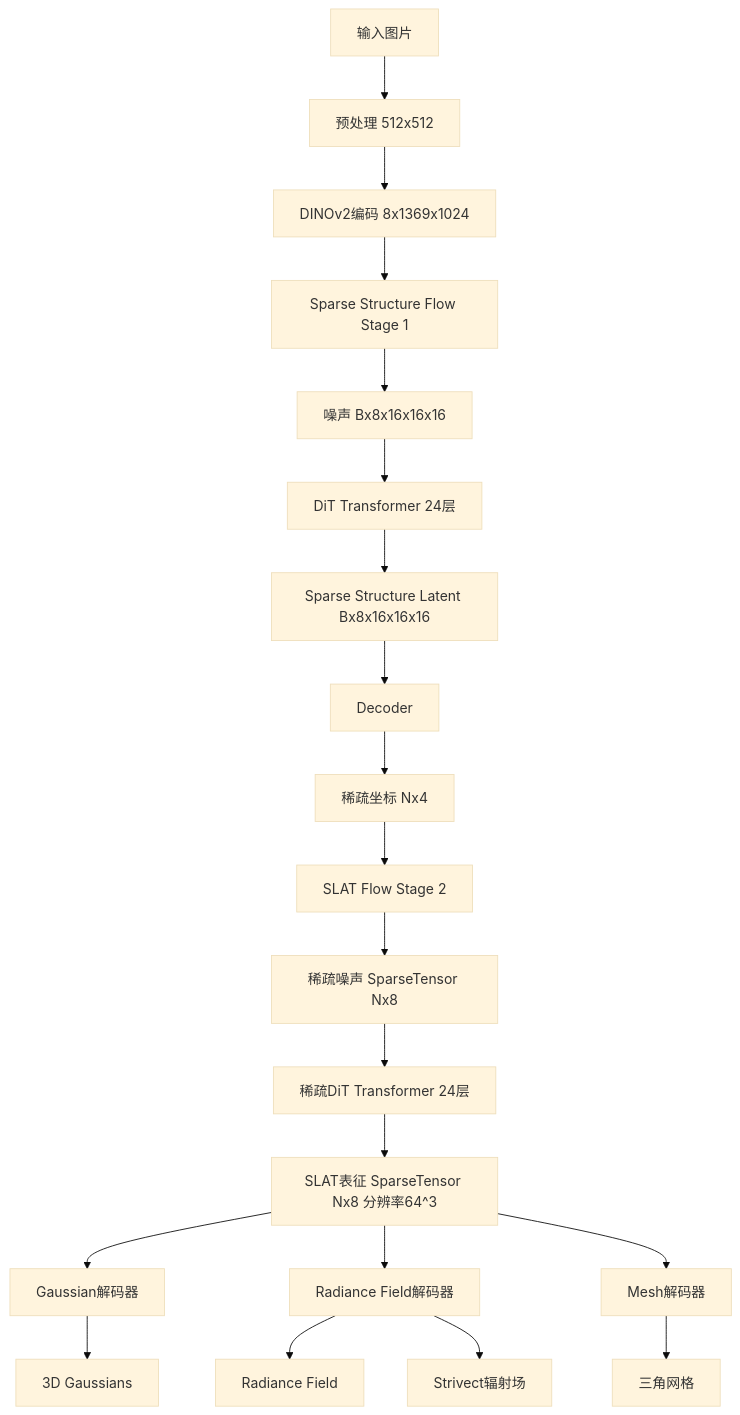
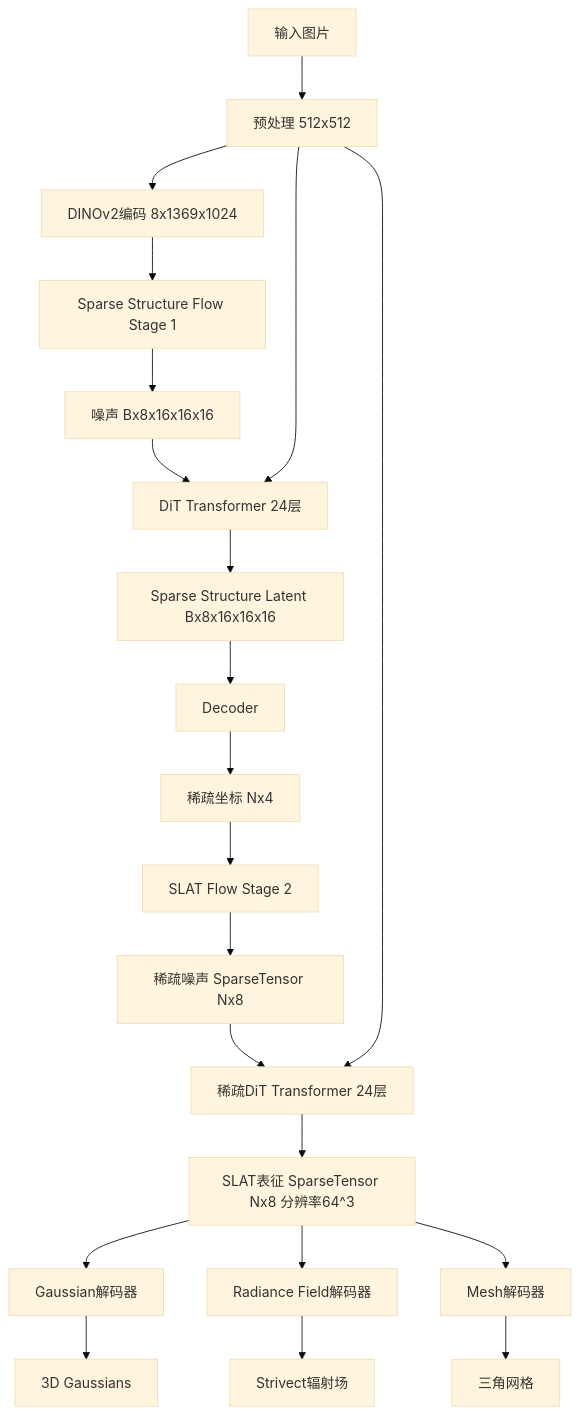
One commit to real-zhangzhe/3D changed the diagram in 1_3D生成/2_3D生成模型发展.md. Above: the diagram before and after it, drawn with Mermaid (base theme).

````diff
--- a/1_3D生成/2_3D生成模型发展.md
+++ b/1_3D生成/2_3D生成模型发展.md
@@ -179,22 +179,23 @@
 ```mermaid
 flowchart TD
     A[输入图片] --> B[预处理 512x512]
     B --> C[DINOv2编码 8x1369x1024]
     C --> D[Sparse Structure Flow Stage 1]
     D --> E[噪声 Bx8x16x16x16]
     E --> F[DiT Transformer 24层]
+    B --> F
     F --> G[Sparse Structure Latent Bx8x16x16x16]
     G --> H[Decoder]
     H --> I[稀疏坐标 Nx4]
     I --> J[SLAT Flow Stage 2]
     J --> K[稀疏噪声 SparseTensor Nx8]
     K --> L[稀疏DiT Transformer 24层]
+    B --> L
     L --> M[SLAT表征 SparseTensor Nx8 分辨率64^3]
     M --> N[Gaussian解码器]
     M --> O[Radiance Field解码器]
     M --> P[Mesh解码器]
     N --> Q[3D Gaussians]
-    O --> R[Radiance Field]
     O --> S[Strivect辐射场]
     P --> T[三角网格]
 ```
````
